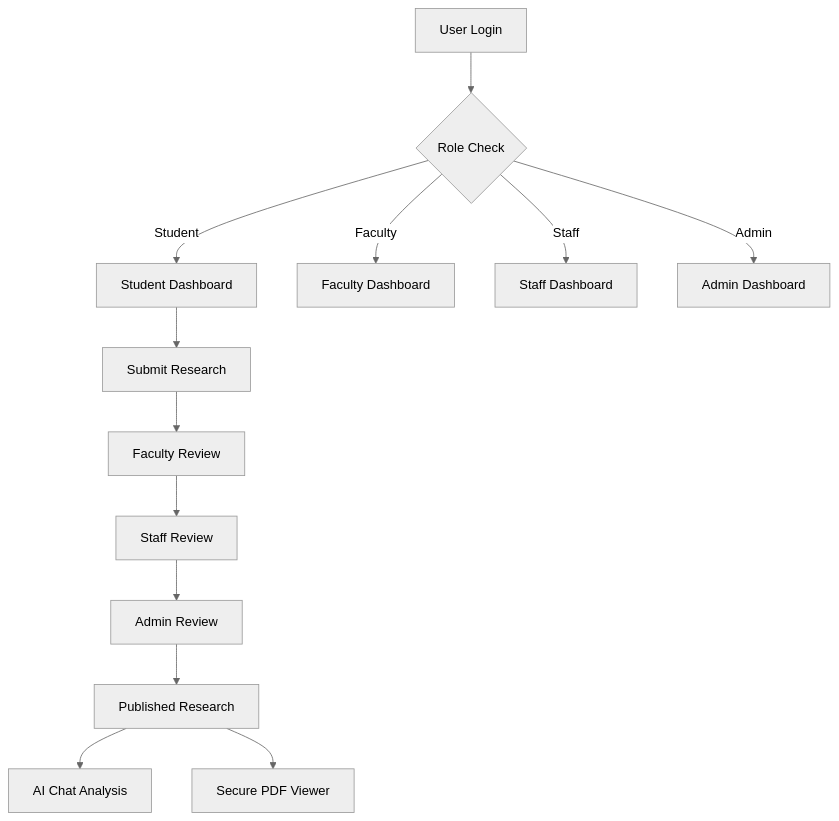
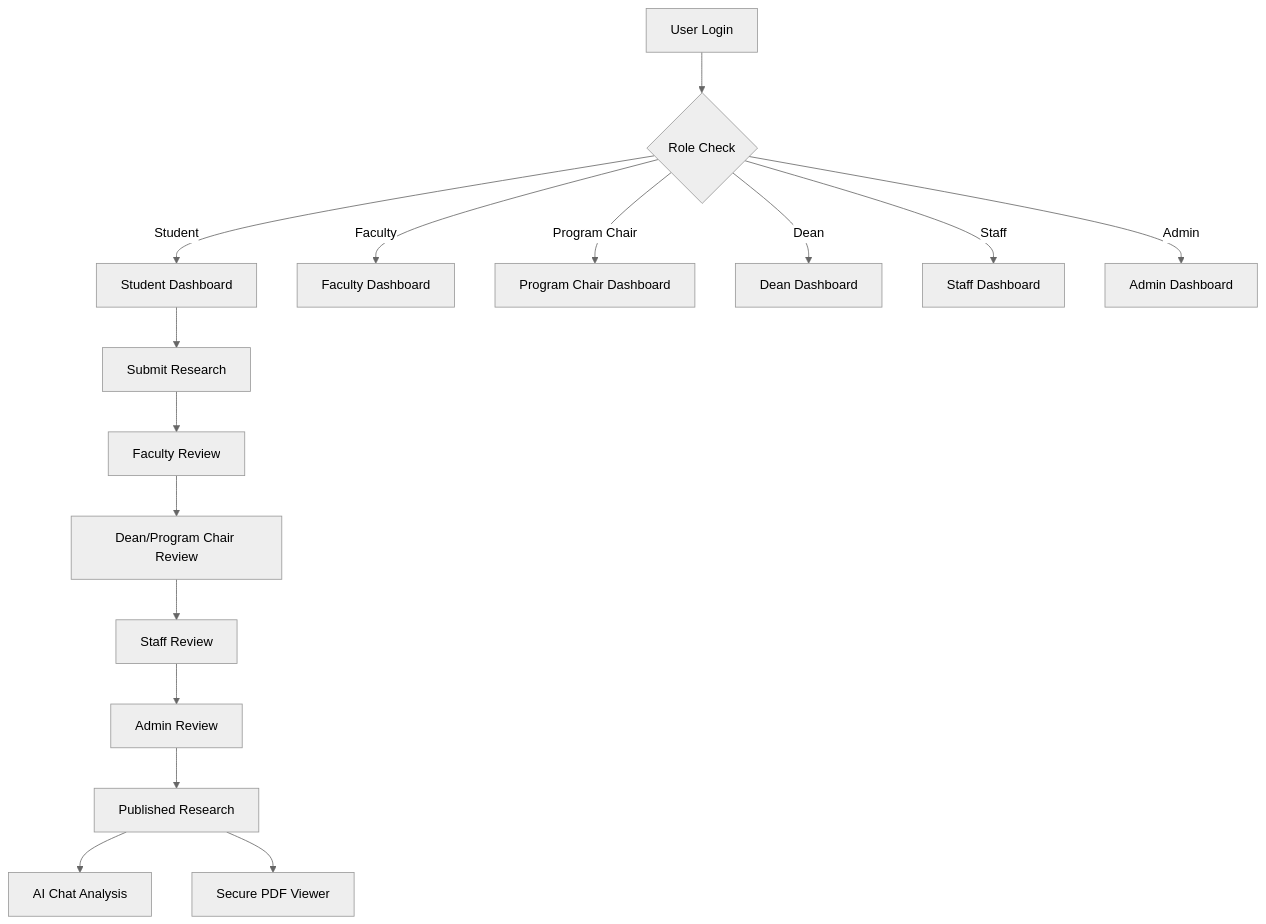
Before and after one commit to malfoydevera/capstone-nucleus: the first of 5 diagrams in SYSTEM_ANALYSIS.md, drawn with Mermaid (neutral theme). The commit also changed other lines of this file and 13 other files, not shown here.

````diff
--- a/SYSTEM_ANALYSIS.md
+++ b/SYSTEM_ANALYSIS.md
@@ -53,17 +53,20 @@
 ```mermaid
 graph TD
     A[User Login] --> B{Role Check}
     B -->|Student| C[Student Dashboard]
     B -->|Faculty| D[Faculty Dashboard]
-    B -->|Staff| E[Staff Dashboard]
-    B -->|Admin| F[Admin Dashboard]
+    B -->|Program Chair| E[Program Chair Dashboard]
+    B -->|Dean| F[Dean Dashboard]
+    B -->|Staff| G[Staff Dashboard]
+    B -->|Admin| H[Admin Dashboard]
     
-    C --> G[Submit Research]
-    G --> H[Faculty Review]
-    H --> I[Staff Review]
-    I --> J[Admin Review]
-    J --> K[Published Research]
+    C --> I[Submit Research]
+    I --> J[Faculty Review]
+    J --> K[Dean/Program Chair Review]
+    K --> L[Staff Review]
+    L --> M[Admin Review]
+    M --> N[Published Research]
     
-    K --> L[AI Chat Analysis]
-    K --> M[Secure PDF Viewer]
+    N --> O[AI Chat Analysis]
+    N --> P[Secure PDF Viewer]
 ```
````
